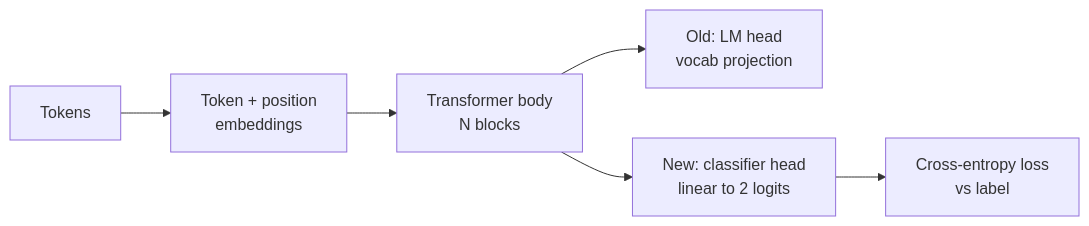
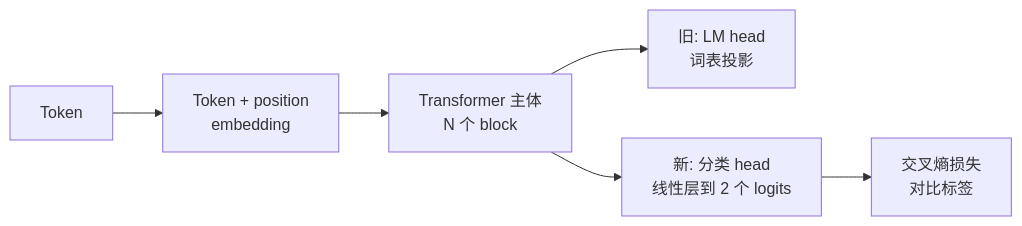
One commit to alessandrodinisio-ai/ai-engineering-learning-framework changed the first of 3 diagrams in phases/19-capstone-projects/38-classifier-finetuning/docs/zh.md. Above: the diagram before and after it, drawn with Mermaid. The commit also changed other lines of this file and 120 other files, not shown here.

First line of the commit message:
i18n(mermaid): 337 个 mermaid 图表标签中文化

````diff
--- a/phases/19-capstone-projects/38-classifier-finetuning/docs/zh.md
+++ b/phases/19-capstone-projects/38-classifier-finetuning/docs/zh.md
@@ -35,8 +35,8 @@
 ```mermaid
 flowchart LR
-  T[Tokens] --> E[Token + position<br/>embeddings]
-  E --> B[Transformer body<br/>N blocks]
-  B --> H1[Old: LM head<br/>vocab projection]
-  B --> H2[New: classifier head<br/>linear to 2 logits]
-  H2 --> L[Cross-entropy loss<br/>vs label]
+  T[Token] --> E[Token + position<br/>embedding]
+  E --> B[Transformer 主体<br/>N 个 block]
+  B --> H1[旧: LM head<br/>词表投影]
+  B --> H2[新: 分类 head<br/>线性层到 2 个 logits]
+  H2 --> L[交叉熵损失<br/>对比标签]
 ```
````
